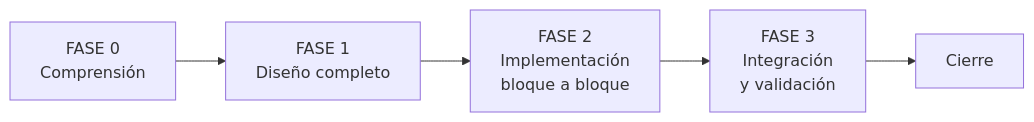
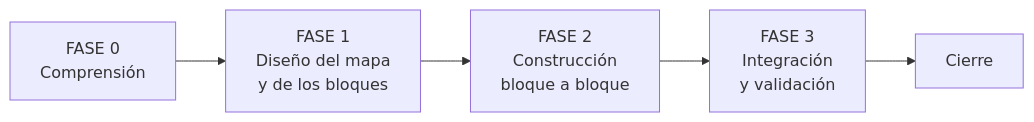
The first of 3 diagrams in workflow/SYSTEM.md (FNYRD/call_me_maybe), drawn with Mermaid before and after one commit. The commit also changed other lines of this file and 14 other files, not shown here.

````diff
--- a/workflow/SYSTEM.md
+++ b/workflow/SYSTEM.md
@@ -263,7 +235,7 @@
 ```mermaid
 graph LR
-    F0["FASE 0<br/>Comprensión"] --> F1["FASE 1<br/>Diseño completo"]
-    F1 --> F2["FASE 2<br/>Implementación<br/>bloque a bloque"]
+    F0["FASE 0<br/>Comprensión"] --> F1["FASE 1<br/>Diseño del mapa<br/>y de los bloques"]
+    F1 --> F2["FASE 2<br/>Construcción<br/>bloque a bloque"]
     F2 --> F3["FASE 3<br/>Integración<br/>y validación"]
     F3 --> C["Cierre"]
 ```
````
